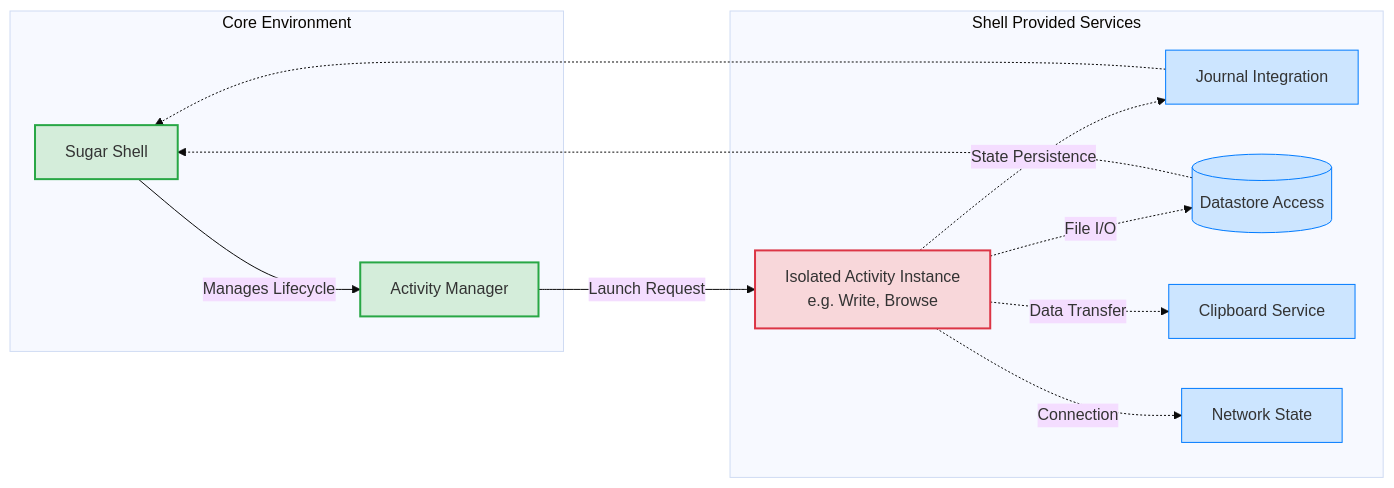
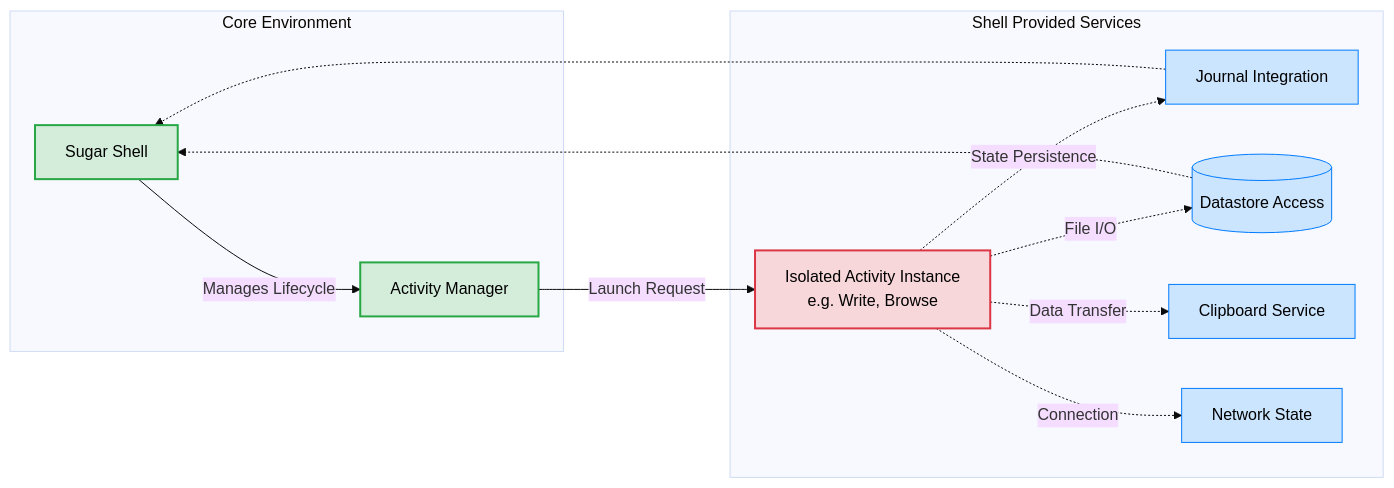
One commit to Dev10-sys/sugar-proposal-gtk changed the second of 5 diagrams in proposal.md. Above: the diagram before and after it, drawn with Mermaid (base theme). The commit also changed other lines of this file, not shown here.

Commit message:
Force black text color in mermaid classes for dark mode visibility on light backgrounds

````diff
--- a/proposal.md
+++ b/proposal.md
@@ -139,34 +139,34 @@
 ```mermaid
 flowchart LR
-    classDef shell fill:#d4edda,stroke:#28a745,stroke-width:2px;
-    classDef activity fill:#f8d7da,stroke:#dc3545,stroke-width:2px;
-    classDef sys fill:#cce5ff,stroke:#007bff,stroke-width:1px;
+    classDef shell fill:#d4edda,stroke:#28a745,stroke-width:2px,color:#000;
+    classDef activity fill:#f8d7da,stroke:#dc3545,stroke-width:2px,color:#000;
+    classDef sys fill:#cce5ff,stroke:#007bff,stroke-width:1px,color:#000;
 
     subgraph CoreEnvironment ["Core Environment"]
         SS["Sugar Shell"]
         AM["Activity Manager"]
         SS -->|Manages Lifecycle| AM
     end
     class SS,AM shell;
 
     Act["Isolated Activity Instance<br/>e.g. Write, Browse"]
     class Act activity;
     
     AM -->|Launch Request| Act
 
     subgraph ShellProvidedServices ["Shell Provided Services"]
         Jour["Journal Integration"]
         DS[("Datastore Access")]
         Clip["Clipboard Service"]
         Net["Network State"]
         
         Act -.->|State Persistence| Jour
         Act -.->|File I/O| DS
         Act -.->|Data Transfer| Clip
         Act -.->|Connection| Net
     end
     class Jour,DS,Clip,Net sys;
     
     Jour -.-> SS
     DS -.-> SS
 ```
````
